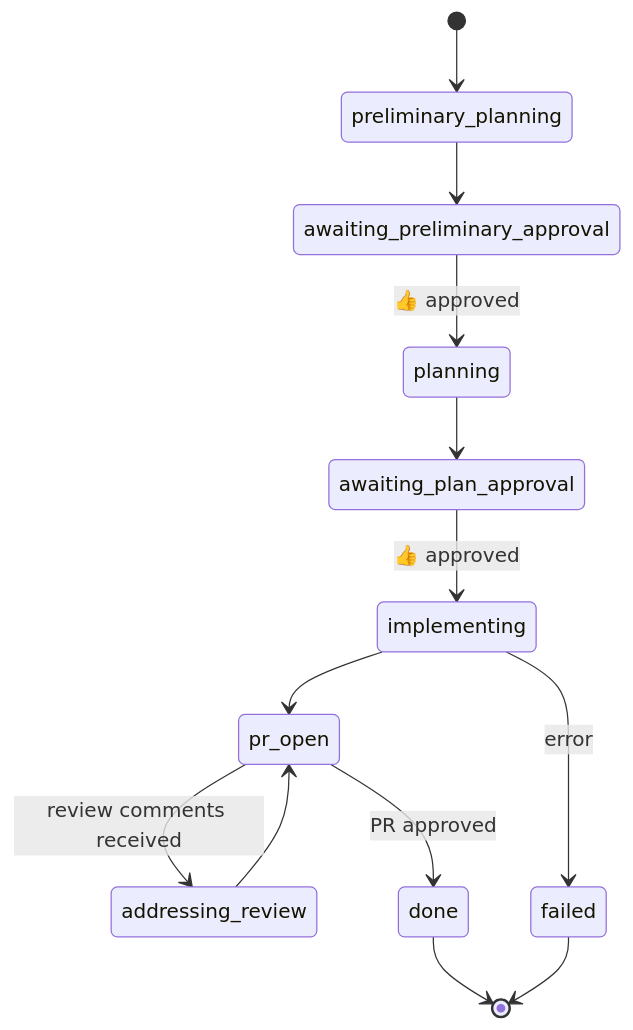
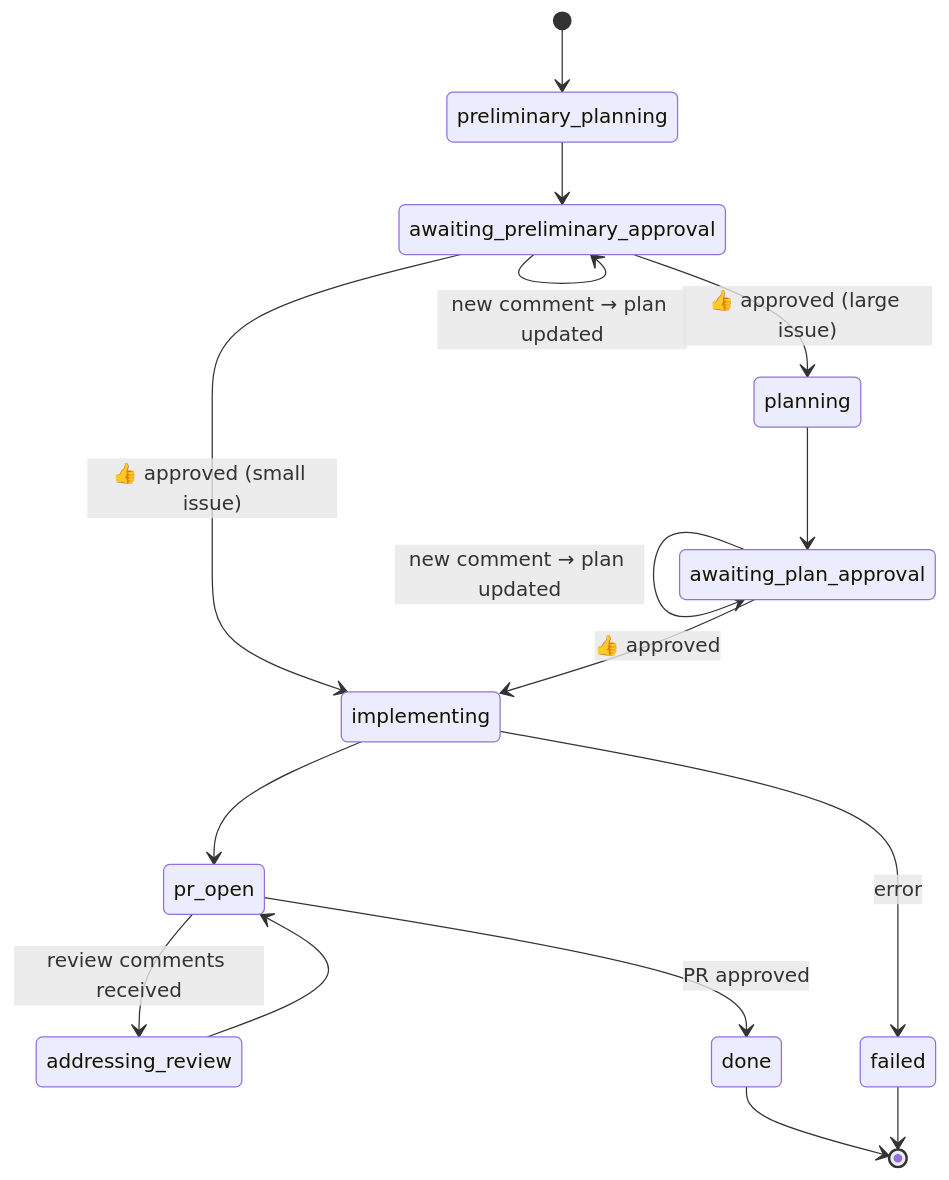
The diagram in README.md (ClaydeCode/me), drawn with Mermaid before and after one commit. The commit also changed other lines of this file, not shown here.

First line of the commit message:
Address review: add missing state machine edges for plan updates and small issues

````diff
--- a/README.md
+++ b/README.md
@@ -30,15 +31,18 @@
 ```mermaid
 stateDiagram-v2
     [*] --> preliminary_planning
     preliminary_planning --> awaiting_preliminary_approval
-    awaiting_preliminary_approval --> planning: 👍 approved
+    awaiting_preliminary_approval --> awaiting_preliminary_approval: new comment → plan updated
+    awaiting_preliminary_approval --> planning: 👍 approved (large issue)
+    awaiting_preliminary_approval --> implementing: 👍 approved (small issue)
     planning --> awaiting_plan_approval
+    awaiting_plan_approval --> awaiting_plan_approval: new comment → plan updated
     awaiting_plan_approval --> implementing: 👍 approved
     implementing --> pr_open
     pr_open --> addressing_review: review comments received
     addressing_review --> pr_open
     pr_open --> done: PR approved
     implementing --> failed: error
     done --> [*]
     failed --> [*]
 ```
````
